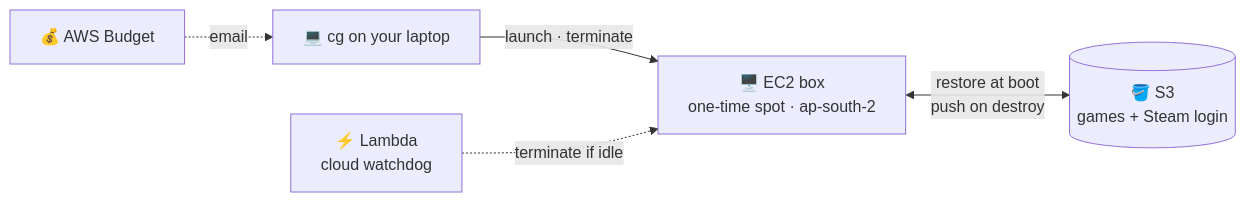
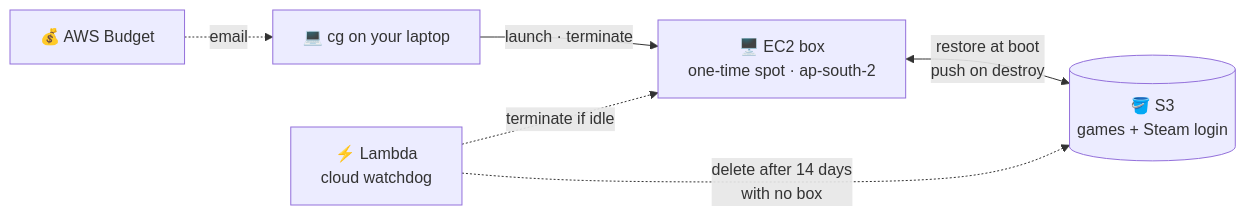
One commit to jebin2/aws_cloud_gaming changed the second of 8 diagrams in docs/architecture.md. Above: the diagram before and after it, drawn with Mermaid. The commit also changed other lines of this file, not shown here.

First line of the commit message:
Draw archive expiry in the architecture doc

````diff
--- a/docs/architecture.md
+++ b/docs/architecture.md
@@ -37,13 +37,14 @@
 ```mermaid
 flowchart LR
   cg["💻 cg on your laptop"]
   ec2["🖥️ EC2 box<br/>one-time spot · ap-south-2"]
   s3[("🪣 S3<br/>games + Steam login")]
   bud["💰 AWS Budget"]
   lam["⚡ Lambda<br/>cloud watchdog"]
 
   cg -->|"launch · terminate"| ec2
   ec2 <-->|"restore at boot<br/>push on destroy"| s3
   lam -.->|"terminate if idle"| ec2
+  lam -.->|"delete after 14 days<br/>with no box"| s3
   bud -.->|"email"| cg
 ```
````
